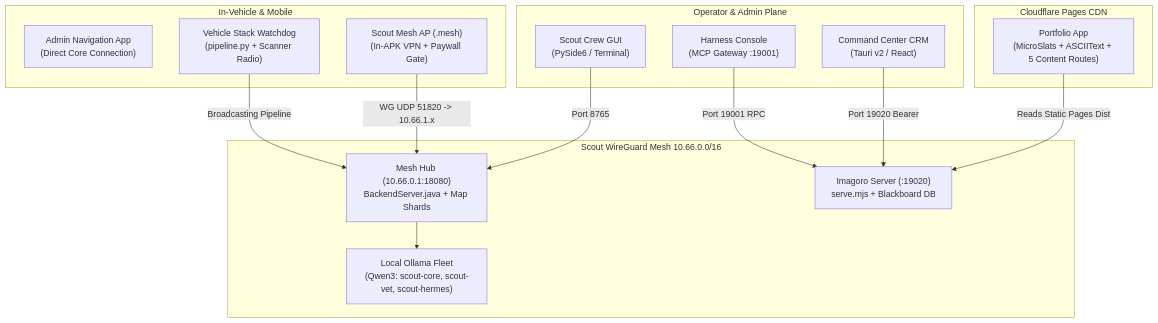
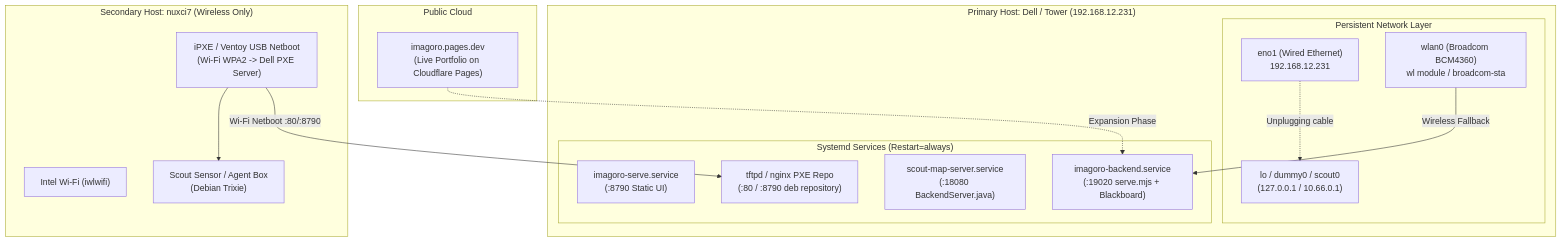
One commit to scout-hazard-system/secure-mesh-navigation changed the first of 2 diagrams in docs/plans/MASTER_PLAN.md. Above: the diagram before and after it, drawn with Mermaid. The commit also changed other lines of this file, not shown here.

Commit message:
docs: update unified master plan v2 with live hardware, Dell backend/map deployment, and Wi-Fi PXE roadmap

````diff
--- a/docs/plans/MASTER_PLAN.md
+++ b/docs/plans/MASTER_PLAN.md
@@ -27,32 +32,33 @@
 ```mermaid
 graph TD
-    subgraph Public Edge [Cloudflare Pages CDN]
-        PORTFOLIO["Portfolio App\n(MicroSlats + ASCIIText + 5 Content Routes)"]
+    subgraph Public [Public Cloud]
+        PAGES["imagoro.pages.dev\n(Live Portfolio on Cloudflare Pages)"]
     end
 
-    subgraph User Workstations [Operator & Admin Plane]
-        CC["Command Center CRM\n(Tauri v2 / React)"]
-        HC["Harness Console\n(MCP Gateway :19001)"]
-        SG["Scout Crew GUI\n(PySide6 / Terminal)"]
+    subgraph DellHost ["Primary Host: Dell / Tower (192.168.12.231)"]
+        subgraph NetLayer ["Persistent Network Layer"]
+            LOOPBACK["lo / dummy0 / scout0\n(127.0.0.1 / 10.66.0.1)"]
+            ENO1["eno1 (Wired Ethernet)\n192.168.12.231"]
+            WIFI_DELL["wlan0 (Broadcom BCM4360)\nwl module / broadcom-sta"]
+        end
+
+        subgraph DellServices ["Systemd Services (Restart=always)"]
+            STATIC["imagoro-serve.service\n(:8790 Static UI)"]
+            BACKEND["imagoro-backend.service\n(:19020 serve.mjs + Blackboard)"]
+            MAP["scout-map-server.service\n(:18080 BackendServer.java)"]
+            PXE_SRV["tftpd / nginx PXE Repo\n(:80 / :8790 deb repository)"]
+        end
     end
 
-    subgraph Mesh Core [Scout WireGuard Mesh 10.66.0.0/16]
-        HUB["Mesh Hub (10.66.0.1:18080)\nBackendServer.java + Map Shards"]
-        REAL_SRV["Imagoro Server (:19020)\nserve.mjs + Blackboard DB"]
-        OLLAMA["Local Ollama Fleet\n(Qwen3: scout-core, scout-vet, scout-hermes)"]
+    subgraph NucHost ["Secondary Host: nuxci7 (Wireless Only)"]
+        WIFI_NUC["Intel Wi-Fi (iwlwifi)"]
+        IPXE_WIFI["iPXE / Ventoy USB Netboot\n(Wi-Fi WPA2 -> Dell PXE Server)"]
+        NUC_STACK["Scout Sensor / Agent Box\n(Debian Trixie)"]
     end
 
-    subgraph Field Edge [In-Vehicle & Mobile]
-        ANDR_ADMIN["Admin Navigation App\n(Direct Core Connection)"]
-        ANDR_MESH["Scout Mesh AP (.mesh)\n(In-APK VPN + Paywall Gate)"]
-        VEHICLE["Vehicle Stack Watchdog\n(pipeline.py + Scanner Radio)"]
-    end
-
-    PORTFOLIO -->|Reads Static Pages Dist| REAL_SRV
-    CC -->|Port 19020 Bearer| REAL_SRV
-    HC -->|Port 19001 RPC| REAL_SRV
-    SG -->|Port 8765| HUB
-    ANDR_MESH -->|WG UDP 51820 -> 10.66.1.x| HUB
-    VEHICLE -->|Broadcasting Pipeline| HUB
-    HUB --> OLLAMA
+    PAGES -.->|Expansion Phase| BACKEND
+    ENO1 -.->|Unplugging cable| LOOPBACK
+    WIFI_DELL -->|Wireless Fallback| BACKEND
+    IPXE_WIFI -->|Wi-Fi Netboot :80/:8790| PXE_SRV
+    IPXE_WIFI --> NUC_STACK
 ```
````
